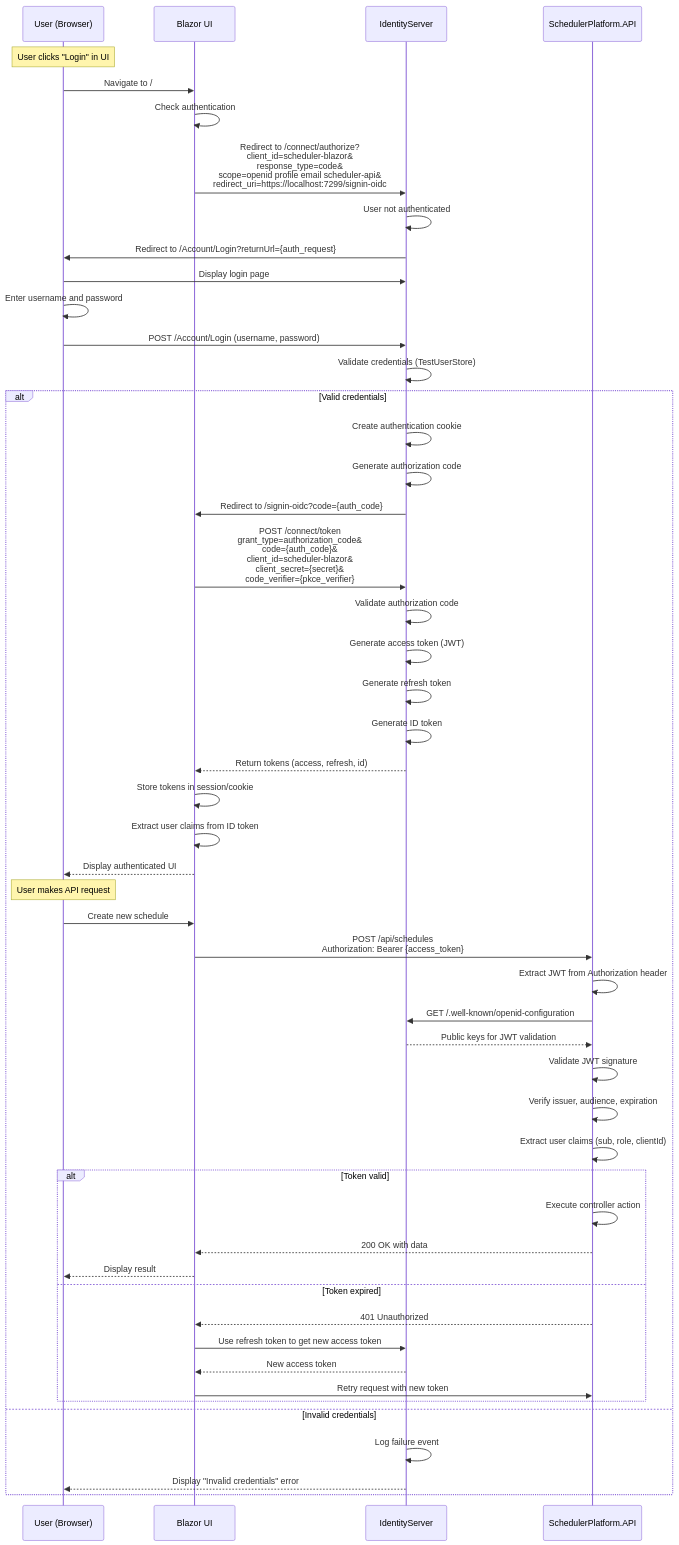
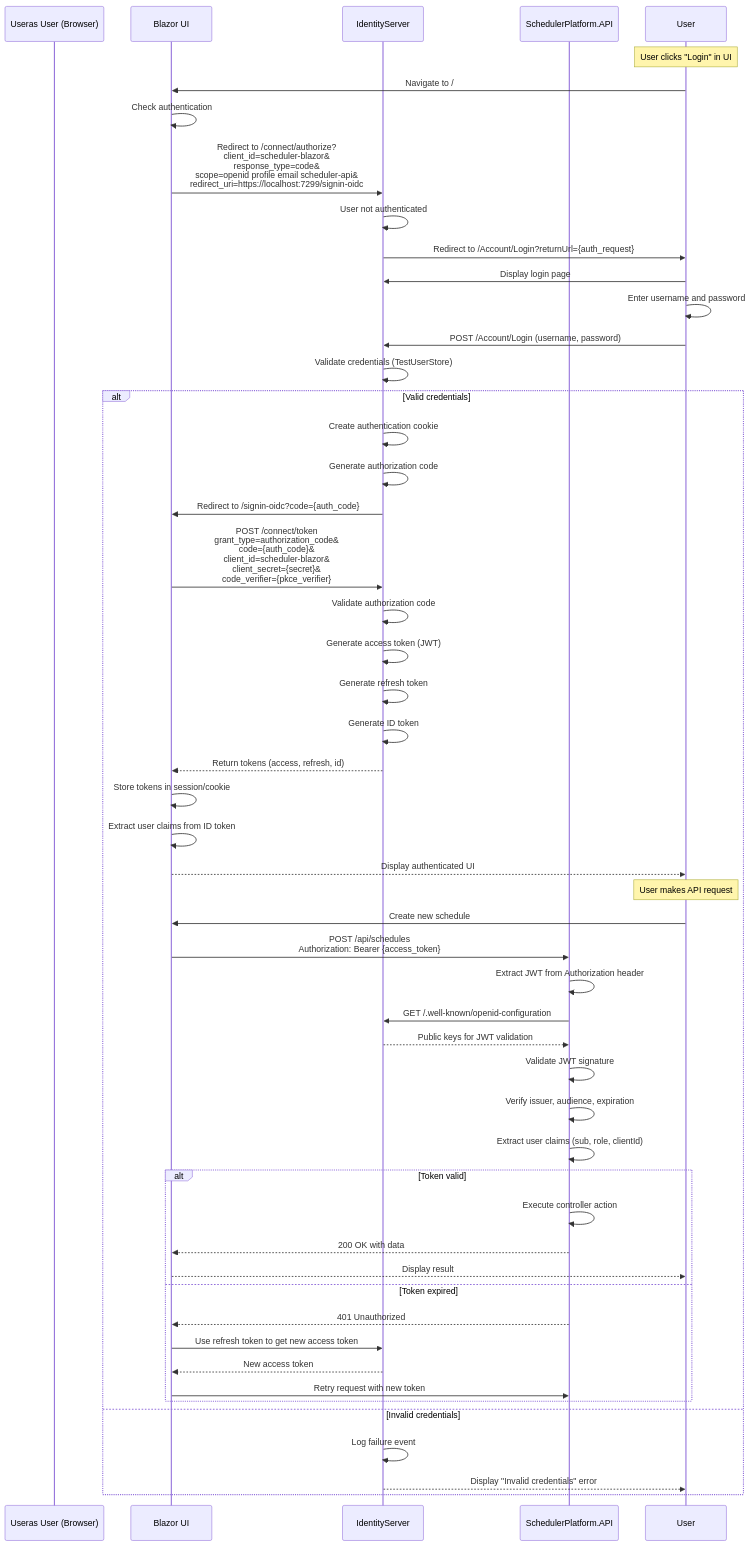
Before and after one commit to lcassin/Scheduler_Platform: the first of 5 diagrams in src/SchedulerPlatform.IdentityServer/README.md, drawn with Mermaid. The commit also changed other lines of this file and 4 other files, not shown here.

First line of the commit message:
docs: add diagram image references to project READMEs with business-friendly captions

````diff
--- a/src/SchedulerPlatform.IdentityServer/README.md
+++ b/src/SchedulerPlatform.IdentityServer/README.md
@@ -340,67 +344,67 @@
 ```mermaid
 sequenceDiagram
-    participant User as User (Browser)
+    participant Useras User (Browser)
     participant UI as Blazor UI
     participant Identity as IdentityServer
     participant API as SchedulerPlatform.API
     
     Note over User: User clicks "Login" in UI
     
     User->>UI: Navigate to /
     UI->>UI: Check authentication
     UI->>Identity: Redirect to /connect/authorize?<br/>client_id=scheduler-blazor&<br/>response_type=code&<br/>scope=openid profile email scheduler-api&<br/>redirect_uri=https://localhost:7299/signin-oidc
     
     Identity->>Identity: User not authenticated
     Identity->>User: Redirect to /Account/Login?returnUrl={auth_request}
     
     User->>Identity: Display login page
     User->>User: Enter username and password
     User->>Identity: POST /Account/Login (username, password)
     
     Identity->>Identity: Validate credentials (TestUserStore)
     alt Valid credentials
         Identity->>Identity: Create authentication cookie
         Identity->>Identity: Generate authorization code
         Identity->>UI: Redirect to /signin-oidc?code={auth_code}
         
         UI->>Identity: POST /connect/token<br/>grant_type=authorization_code&<br/>code={auth_code}&<br/>client_id=scheduler-blazor&<br/>client_secret={secret}&<br/>code_verifier={pkce_verifier}
         
         Identity->>Identity: Validate authorization code
         Identity->>Identity: Generate access token (JWT)
         Identity->>Identity: Generate refresh token
         Identity->>Identity: Generate ID token
         Identity-->>UI: Return tokens (access, refresh, id)
         
         UI->>UI: Store tokens in session/cookie
         UI->>UI: Extract user claims from ID token
         UI-->>User: Display authenticated UI
         
         Note over User: User makes API request
         
         User->>UI: Create new schedule
         UI->>API: POST /api/schedules<br/>Authorization: Bearer {access_token}
         
         API->>API: Extract JWT from Authorization header
         API->>Identity: GET /.well-known/openid-configuration
         Identity-->>API: Public keys for JWT validation
         
         API->>API: Validate JWT signature
         API->>API: Verify issuer, audience, expiration
         API->>API: Extract user claims (sub, role, clientId)
         
         alt Token valid
             API->>API: Execute controller action
             API-->>UI: 200 OK with data
             UI-->>User: Display result
         else Token expired
             API-->>UI: 401 Unauthorized
             UI->>Identity: Use refresh token to get new access token
             Identity-->>UI: New access token
             UI->>API: Retry request with new token
         end
         
     else Invalid credentials
         Identity->>Identity: Log failure event
         Identity-->>User: Display "Invalid credentials" error
     end
 ```
````
